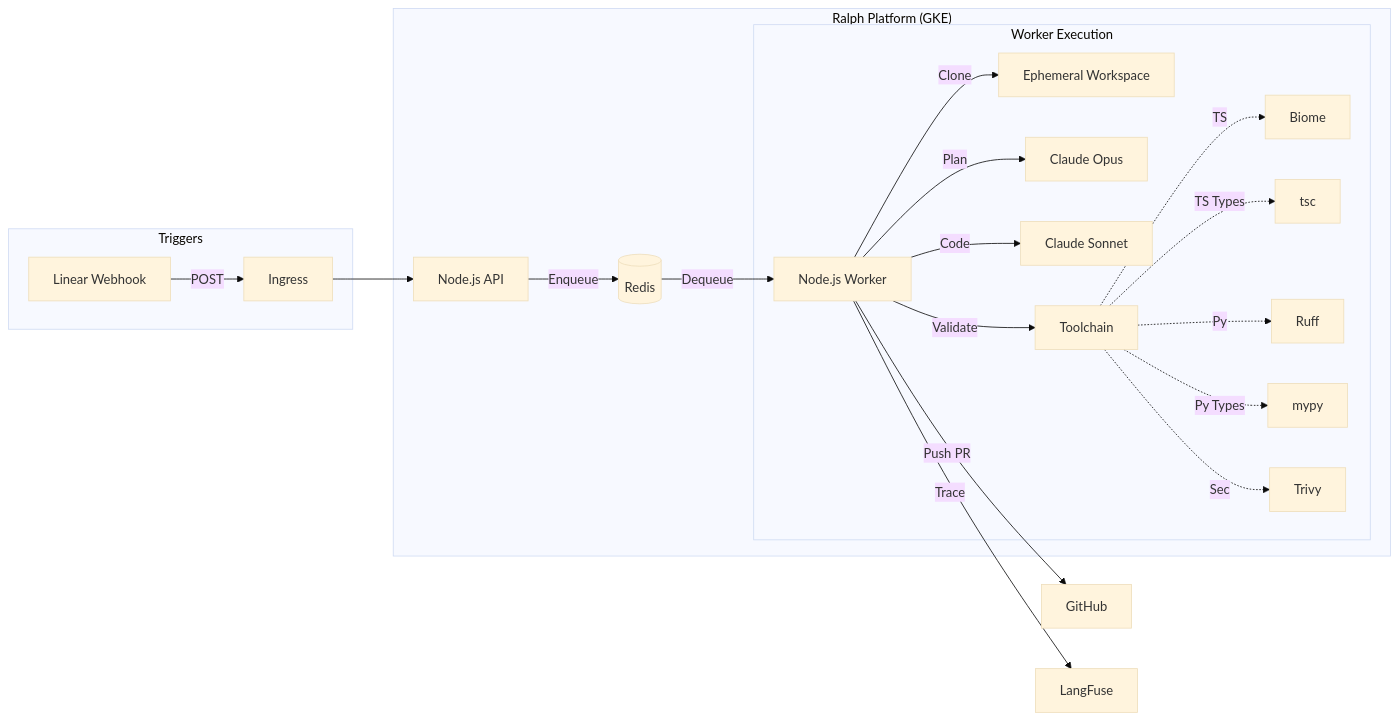
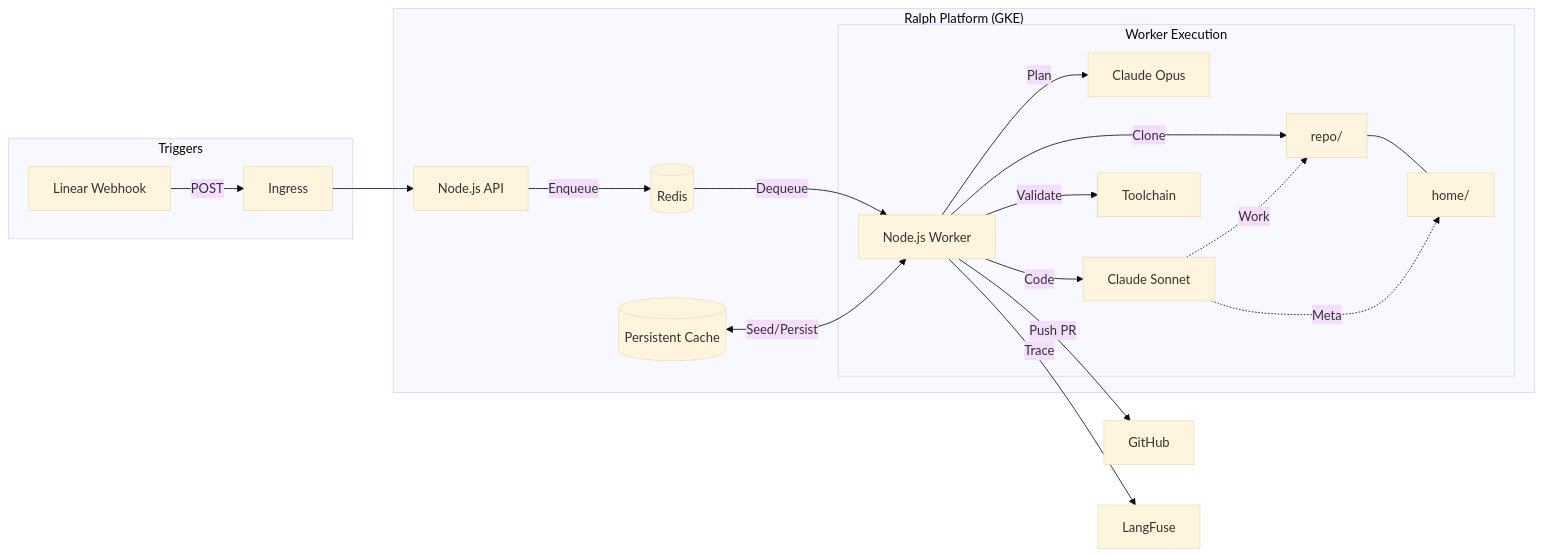
One commit to Replikanti/ralph-platform changed the diagram in README.md. Above: the diagram before and after it, drawn with Mermaid (base theme). The commit also changed other lines of this file, not shown here.

Commit message:
docs: update architecture diagram and workflow in README

````diff
--- a/README.md
+++ b/README.md
@@ -7,26 +7,25 @@
 ```mermaid
 graph LR
     subgraph "Triggers"
         Linear[Linear Webhook] -->|POST| Ingress
     end
     subgraph "Ralph Platform (GKE)"
         Ingress --> API[Node.js API]
         API -->|Enqueue| Redis[(Redis)]
         Redis -->|Dequeue| Worker[Node.js Worker]
+        Cache[(Persistent Cache)] <-->|Seed/Persist| Worker
 
         subgraph "Worker Execution"
-            Worker -->|Clone| Git[Ephemeral Workspace]
+            Worker -->|Clone| Repo[repo/]
             Worker -->|Plan| Opus[Claude Opus]
             Worker -->|Code| Sonnet[Claude Sonnet]
             Worker -->|Validate| Polyglot[Toolchain]
-
-            Polyglot -.->|TS| Biome
-            Polyglot -.->|TS Types| tsc
-            Polyglot -.->|Py| Ruff
-            Polyglot -.->|Py Types| mypy
-            Polyglot -.->|Sec| Trivy
+            
+            Repo --- Home[home/]
+            Sonnet -.->|Work| Repo
+            Sonnet -.->|Meta| Home
         end
     end
     Worker -->|Push PR| GitHub
     Worker -->|Trace| LangFuse
 ```
````
